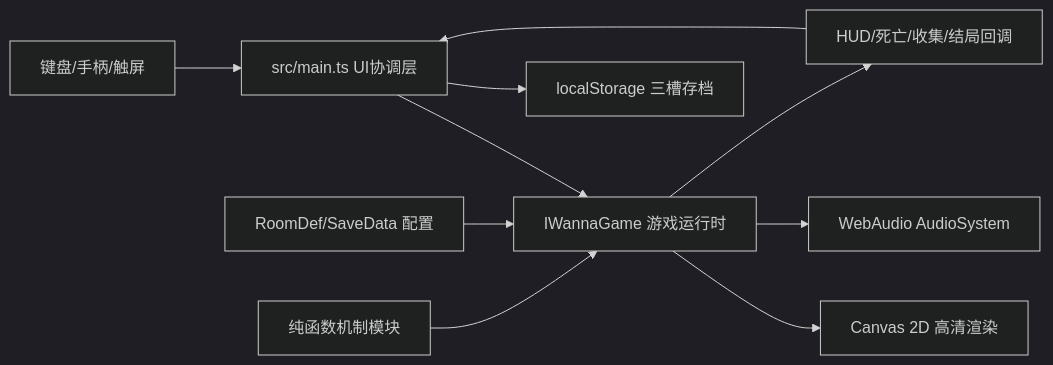
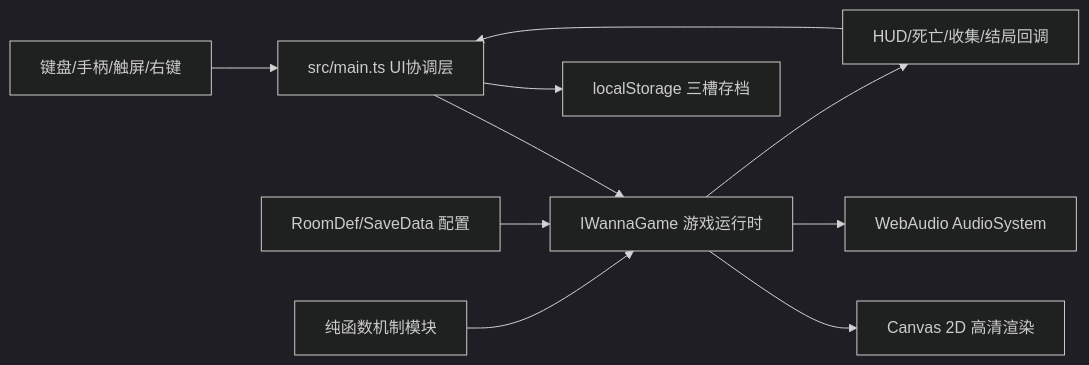
One commit to liuzhanrui30-boop/lost-memory-park changed the diagram in README.md. Above: the diagram before and after it, drawn with Mermaid (dark theme). The commit also changed other lines of this file and 25 other files, not shown here.

````diff
--- a/README.md
+++ b/README.md
@@ -152,12 +156,12 @@
 ```mermaid
 flowchart LR
-    Input[键盘/手柄/触屏] --> Main[src/main.ts UI协调层]
+    Input[键盘/手柄/触屏/右键] --> Main[src/main.ts UI协调层]
     Main --> Game[IWannaGame 游戏运行时]
     Data[RoomDef/SaveData 配置] --> Game
     Mechanics[纯函数机制模块] --> Game
     Game --> Render[Canvas 2D 高清渲染]
     Game --> Audio[WebAudio AudioSystem]
     Game --> Events[HUD/死亡/收集/结局回调]
     Events --> Main
     Main --> Storage[localStorage 三槽存档]
 ```
````
